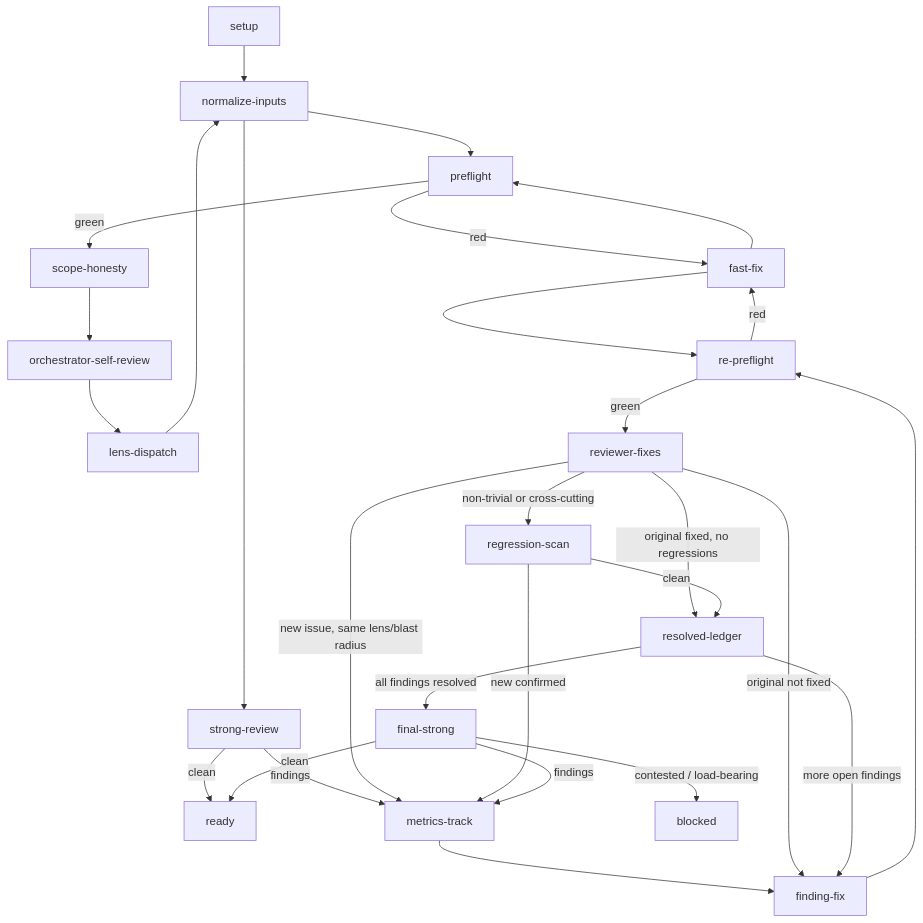
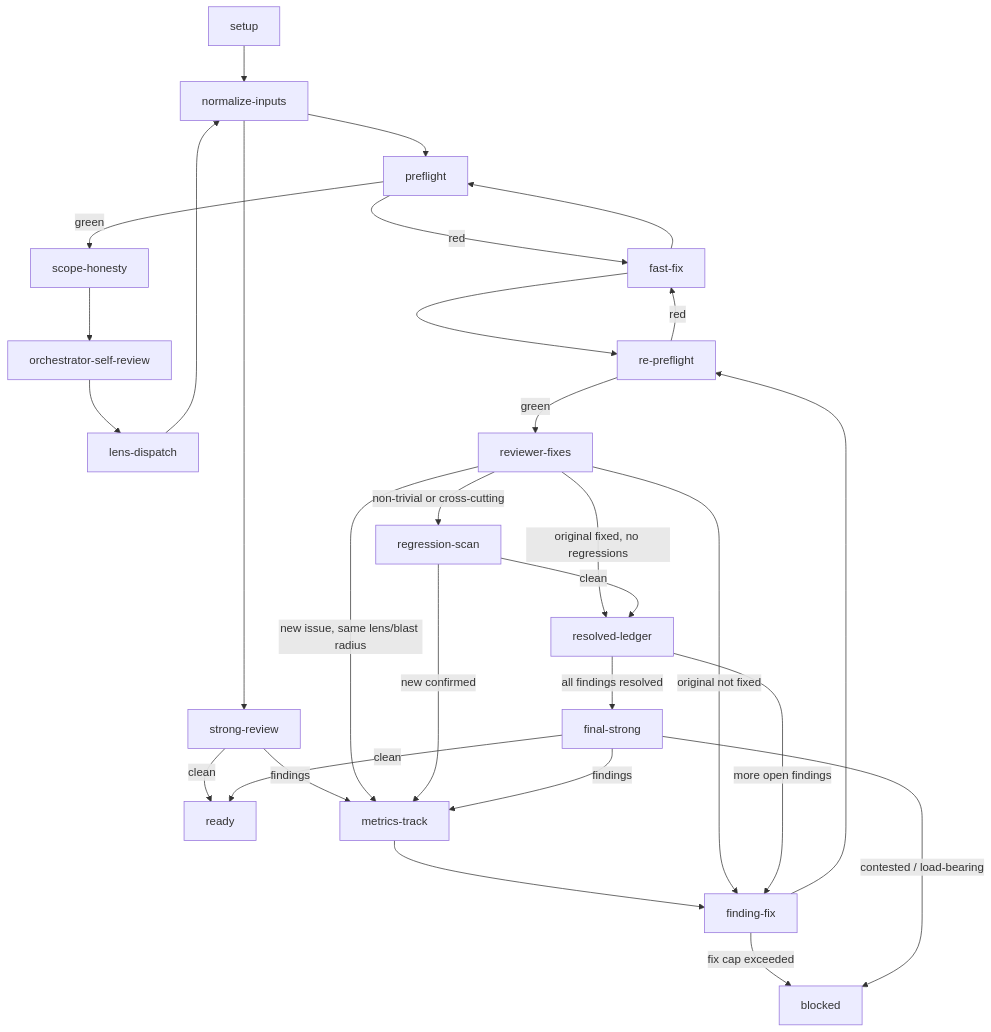
The diagram in .agents/specs/2026-08-06-iterative-review-reduce-churn-design.md (HarleyBartles/agent-asset-marketplace), drawn with Mermaid before and after one commit. The commit also changed other lines of this file and 9 other files, not shown here.

First line of the commit message:
Fix review findings: scope docs, pre-commit flow, and run.py epilog

````diff
--- a/.agents/specs/2026-08-06-iterative-review-reduce-churn-design.md
+++ b/.agents/specs/2026-08-06-iterative-review-reduce-churn-design.md
@@ -33,29 +33,30 @@
 ```mermaid
 flowchart TD
     setup --> normalize-inputs --> preflight
     preflight -->|red| fast-fix --> preflight
     preflight -->|green| scope-honesty --> orchestrator-self-review
     orchestrator-self-review --> lens-dispatch
     lens-dispatch --> normalize-inputs --> strong-review
     strong-review -->|clean| ready
     strong-review -->|findings| metrics-track
 
     metrics-track --> finding-fix
     finding-fix --> re-preflight
+    finding-fix -->|fix cap exceeded| blocked
     re-preflight -->|red| fast-fix --> re-preflight
     re-preflight -->|green| reviewer-fixes
 
     reviewer-fixes -->|original fixed, no regressions| resolved-ledger
     reviewer-fixes -->|original not fixed| finding-fix
     reviewer-fixes -->|new issue, same lens/blast radius| metrics-track
     reviewer-fixes -->|non-trivial or cross-cutting| regression-scan
 
     regression-scan -->|clean| resolved-ledger
     regression-scan -->|new confirmed| metrics-track
 
     resolved-ledger -->|more open findings| finding-fix
     resolved-ledger -->|all findings resolved| final-strong
     final-strong -->|clean| ready
     final-strong -->|findings| metrics-track
     final-strong -->|contested / load-bearing| blocked
 ```
````
